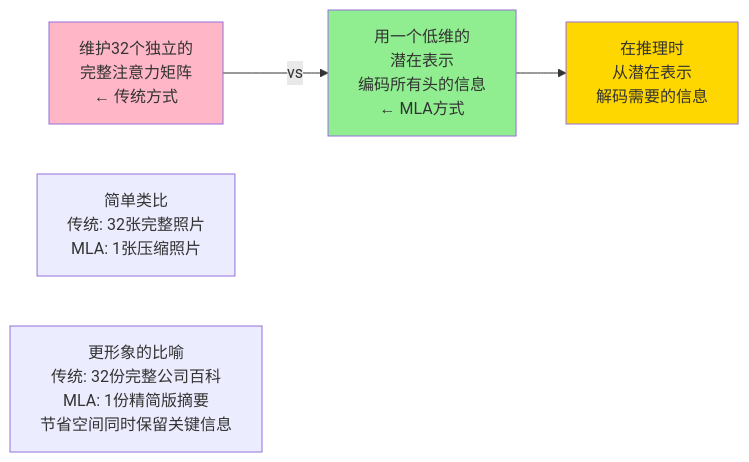
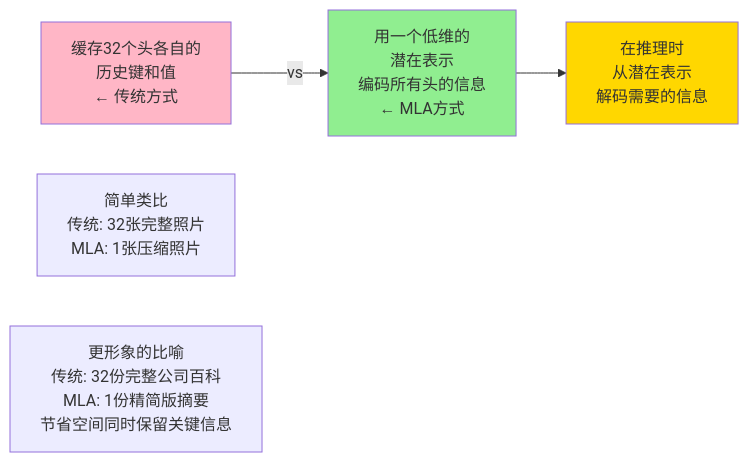
Before and after one commit to yeasy/ai_beginner_guide: the second of 4 diagrams in 08_new_architectures/8.6_mla_moe_innovation.md, drawn with Mermaid. The commit also changed other lines of this file and 3 other files, not shown here.

````diff
--- a/08_new_architectures/8.6_mla_moe_innovation.md
+++ b/08_new_architectures/8.6_mla_moe_innovation.md
@@ -34,18 +34,18 @@
 ```mermaid
 graph LR
-    A["维护32个独立的<br/>完整注意力矩阵<br/>← 传统方式"]
+    A["缓存32个头各自的<br/>历史键和值<br/>← 传统方式"]
 
     B["用一个低维的<br/>潜在表示<br/>编码所有头的信息<br/>← MLA方式"]
 
     C["在推理时<br/>从潜在表示<br/>解码需要的信息"]
 
     A -->|vs| B --> C
 
     D["简单类比<br/>传统: 32张完整照片<br/>MLA: 1张压缩照片"]
 
     E["更形象的比喻<br/>传统: 32份完整公司百科<br/>MLA: 1份精简版摘要<br/>节省空间同时保留关键信息"]
 
     style A fill:#FFB6C6
     style B fill:#90EE90
     style C fill:#FFD700
 ```
````
